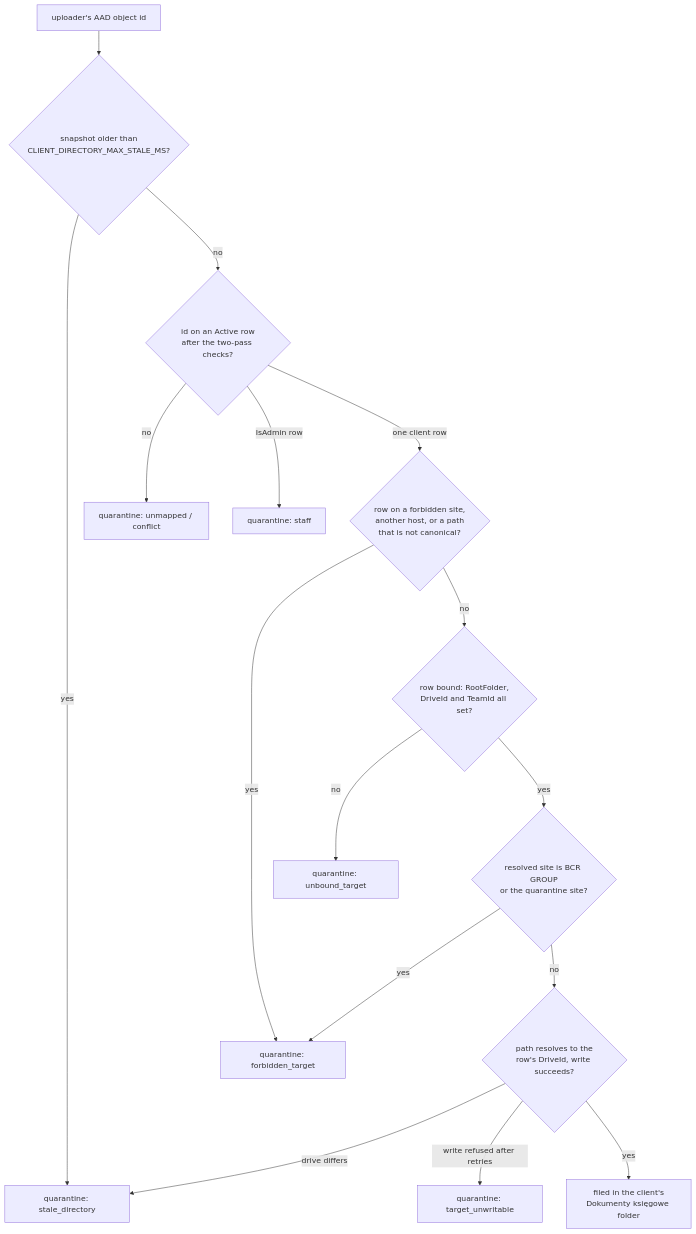
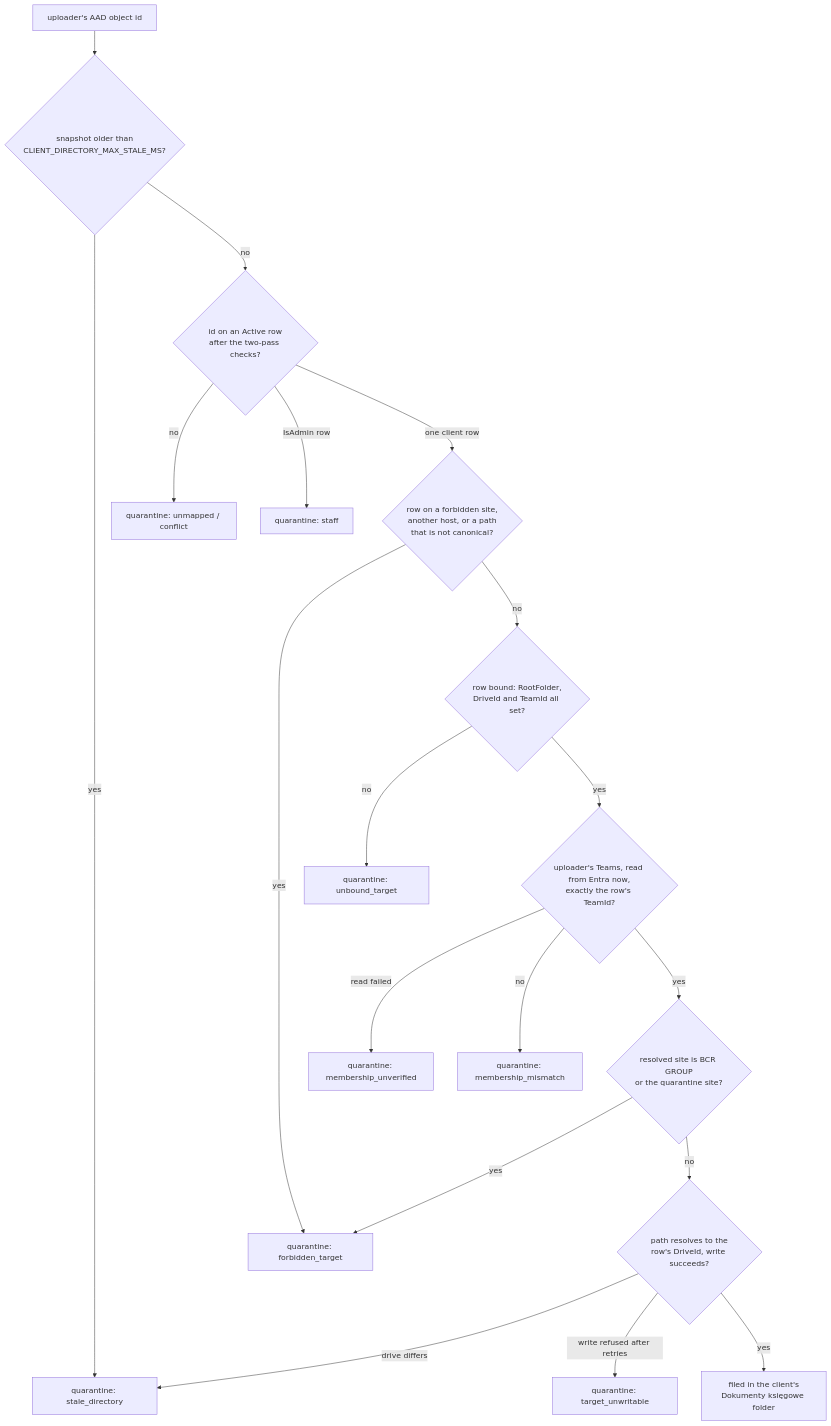
One commit to cheekeebreekee/bcr-ledger-agent changed the third of 3 diagrams in ARCHITECTURE.md. Above: the diagram before and after it, drawn with Mermaid. The commit also changed other lines of this file and 9 other files, not shown here.

````diff
--- a/ARCHITECTURE.md
+++ b/ARCHITECTURE.md
@@ -195,18 +195,21 @@
 ```mermaid
 flowchart TD
   A[uploader's AAD object id] --> B{snapshot older than<br/>CLIENT_DIRECTORY_MAX_STALE_MS?}
   B -- yes --> Q1[quarantine: stale_directory]
   B -- no --> C{id on an Active row<br/>after the two-pass checks?}
   C -- no --> Q2[quarantine: unmapped / conflict]
   C -- IsAdmin row --> Q3[quarantine: staff]
   C -- one client row --> D{row on a forbidden site,<br/>another host, or a path<br/>that is not canonical?}
   D -- yes --> Q4[quarantine: forbidden_target]
   D -- no --> U{row bound: RootFolder,<br/>DriveId and TeamId all set?}
   U -- no --> Q6[quarantine: unbound_target]
-  U -- yes --> G{resolved site is BCR GROUP<br/>or the quarantine site?}
+  U -- yes --> M{uploader's Teams, read from Entra now,<br/>exactly the row's TeamId?}
+  M -- read failed --> Q7[quarantine: membership_unverified]
+  M -- no --> Q8[quarantine: membership_mismatch]
+  M -- yes --> G{resolved site is BCR GROUP<br/>or the quarantine site?}
   G -- yes --> Q4
   G -- no --> E{path resolves to the<br/>row's DriveId, write succeeds?}
   E -- drive differs --> Q1
   E -- write refused after retries --> Q5[quarantine: target_unwritable]
   E -- yes --> F[filed in the client's<br/>Dokumenty księgowe folder]
 ```
````
